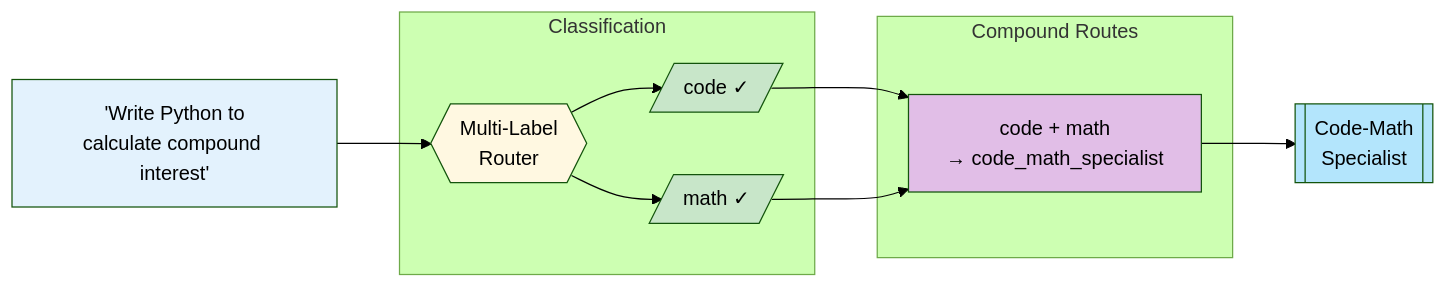
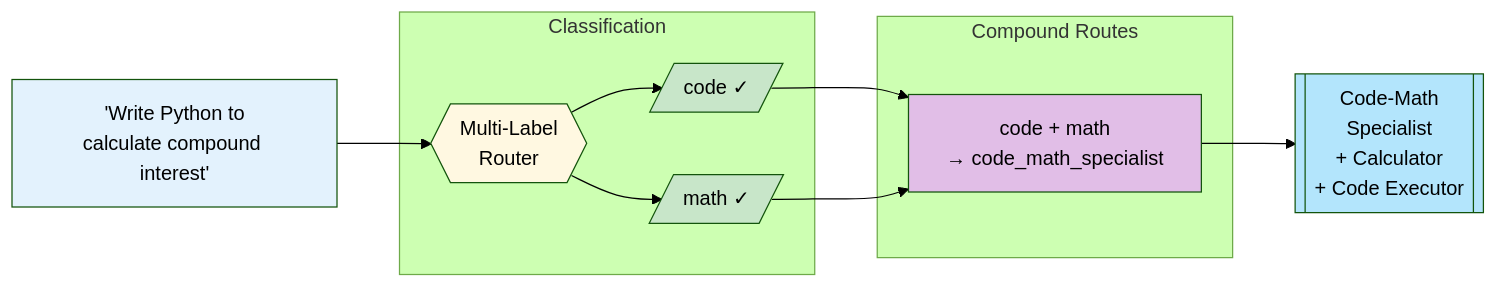
One commit to ndjstn/tinyllm changed the fifth of 8 diagrams in README.md. Above: the diagram before and after it, drawn with Mermaid (forest theme). The commit also changed other lines of this file, not shown here.

First line of the commit message:
docs(readme): comprehensive overhaul with new architecture diagrams

````diff
--- a/README.md
+++ b/README.md
@@ -267,33 +351,33 @@
 ```mermaid
 flowchart LR
     QUERY["'Write Python to\ncalculate compound interest'"]
 
     subgraph Classification
         ROUTER{{"Multi-Label\nRouter"}}
         C[/"code ✓"/]
         M[/"math ✓"/]
     end
 
     subgraph CompoundRoutes["Compound Routes"]
         CM["code + math\n→ code_math_specialist"]
     end
 
-    SPECIALIST[["Code-Math\nSpecialist"]]
+    SPECIALIST[["Code-Math\nSpecialist\n+ Calculator\n+ Code Executor"]]
 
     QUERY --> ROUTER
     ROUTER --> C & M
     C & M --> CM
     CM --> SPECIALIST
 
     classDef query fill:#e3f2fd
     classDef router fill:#fff8e1
     classDef label fill:#c8e6c9
     classDef compound fill:#e1bee7
     classDef specialist fill:#b3e5fc
 
     class QUERY query
     class ROUTER router
     class C,M label
     class CM compound
     class SPECIALIST specialist
 ```
````
